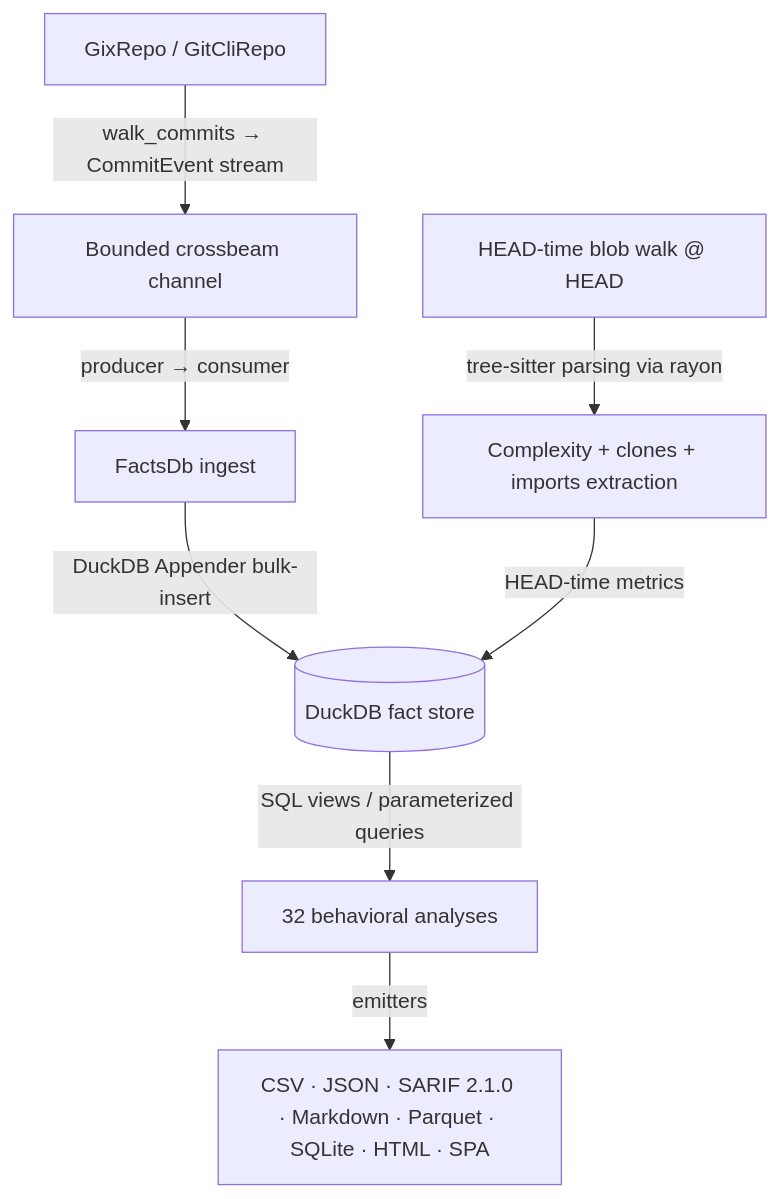
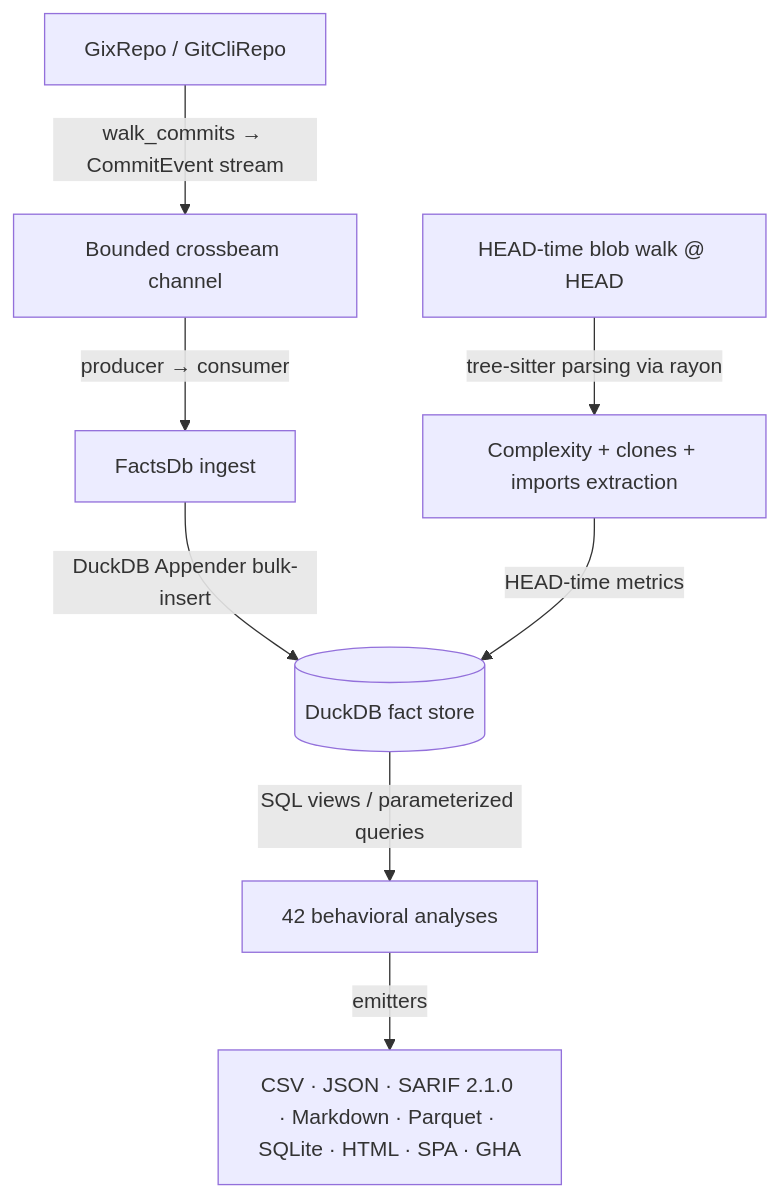
Before and after one commit to emrecdr/codelore: the diagram in docs/reports/deep_analysis_report.md, drawn with Mermaid. The commit also changed other lines of this file and 43 other files, not shown here.

````diff
--- a/docs/reports/deep_analysis_report.md
+++ b/docs/reports/deep_analysis_report.md
@@ -17,10 +19,10 @@
 ```mermaid
 graph TD
     A[GixRepo / GitCliRepo] -->|walk_commits → CommitEvent stream| B[Bounded crossbeam channel]
     B -->|producer → consumer| C[FactsDb ingest]
     C -->|DuckDB Appender bulk-insert| D[(DuckDB fact store)]
     E[HEAD-time blob walk @ HEAD] -->|tree-sitter parsing via rayon| F[Complexity + clones + imports extraction]
     F -->|HEAD-time metrics| D
-    D -->|SQL views / parameterized queries| G[32 behavioral analyses]
-    G -->|emitters| H[CSV · JSON · SARIF 2.1.0 · Markdown · Parquet · SQLite · HTML · SPA]
+    D -->|SQL views / parameterized queries| G[42 behavioral analyses]
+    G -->|emitters| H[CSV · JSON · SARIF 2.1.0 · Markdown · Parquet · SQLite · HTML · SPA · GHA]
 ```
````
